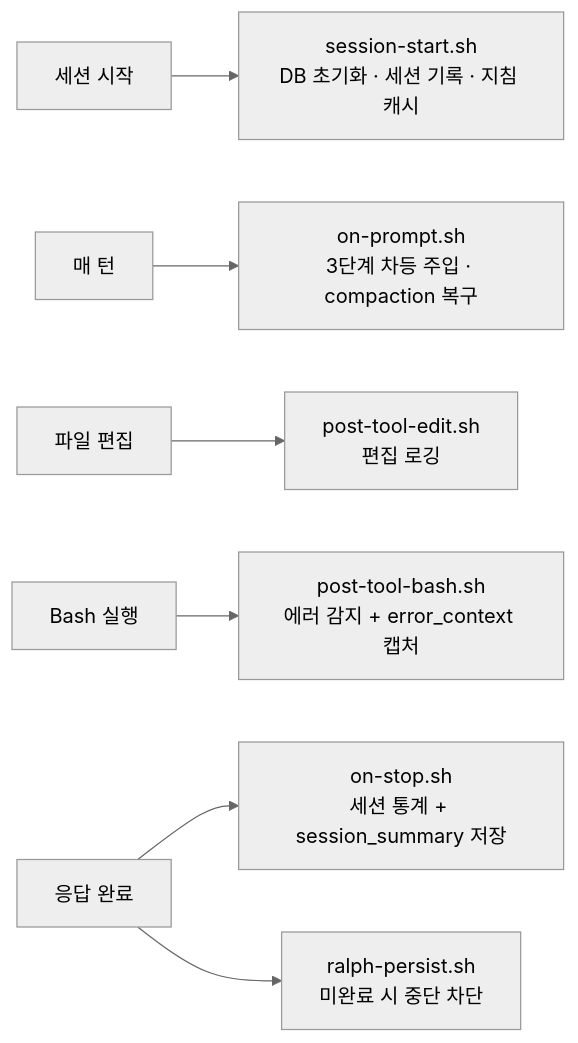
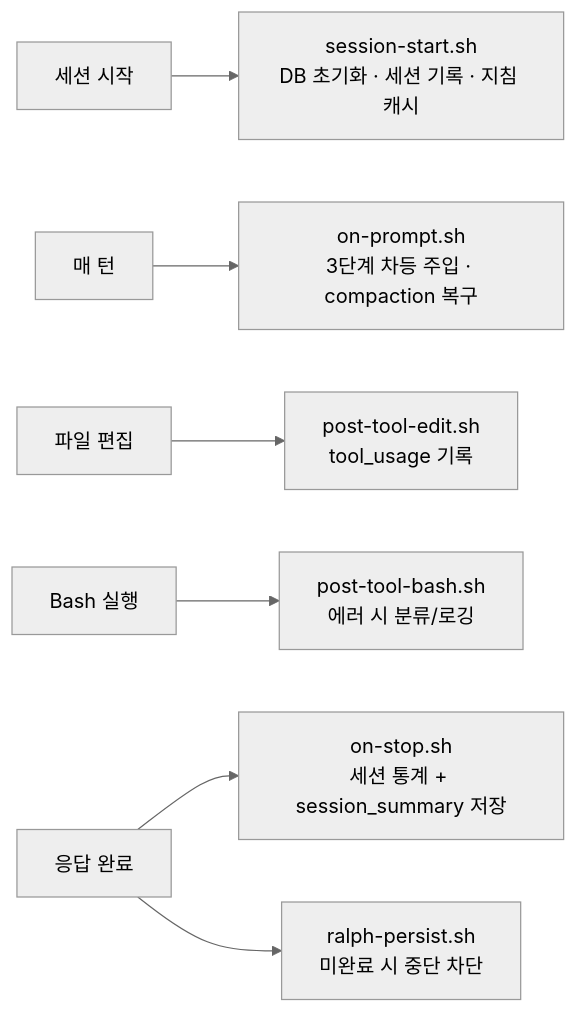
Before and after one commit to leonardo204/dotclaude: the second of 2 diagrams in README.md, drawn with Mermaid (neutral theme). The commit also changed 2 other files, not shown here.

Commit message:
[Docs] Hook 설명 정확도 개선 — 역할·트리거 조건 명확화
- CLAUDE.md: hook_feedback 릴레이 → Stop JSON 프로토콜로 수정
- global/CLAUDE.md: session-start 지침 캐시 추가, post-tool-edit 데이터 소스 역할 명시, post-tool-bash 에러 시에만 동작 명시, working_files ctx 70%+ 트리거 반영
- README.md: Hook 다이어그램 post-tool-edit/bash 설명 정확화

````diff
--- a/README.md
+++ b/README.md
@@ -143,9 +143,9 @@
 ```mermaid
 flowchart LR
     A[세션 시작] --> B[session-start.sh<br/>DB 초기화 · 세션 기록 · 지침 캐시]
     C[매 턴] --> D[on-prompt.sh<br/>3단계 차등 주입 · compaction 복구]
-    E[파일 편집] --> F[post-tool-edit.sh<br/>편집 로깅]
-    G[Bash 실행] --> H[post-tool-bash.sh<br/>에러 감지 + error_context 캡처]
+    E[파일 편집] --> F[post-tool-edit.sh<br/>tool_usage 기록]
+    G[Bash 실행] --> H[post-tool-bash.sh<br/>에러 시 분류/로깅]
     I[응답 완료] --> J[on-stop.sh<br/>세션 통계 + session_summary 저장]
     I --> K[ralph-persist.sh<br/>미완료 시 중단 차단]
 ```
````
